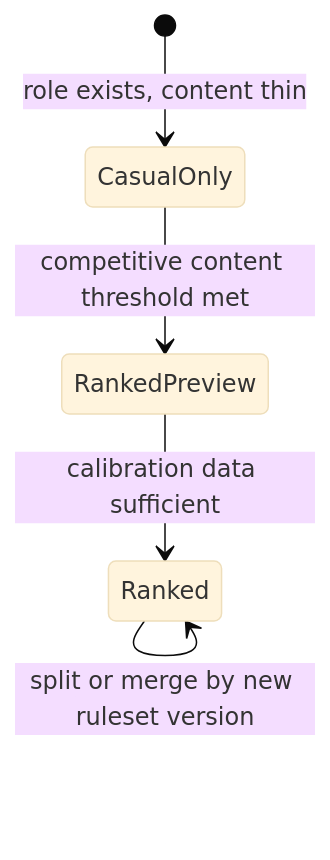
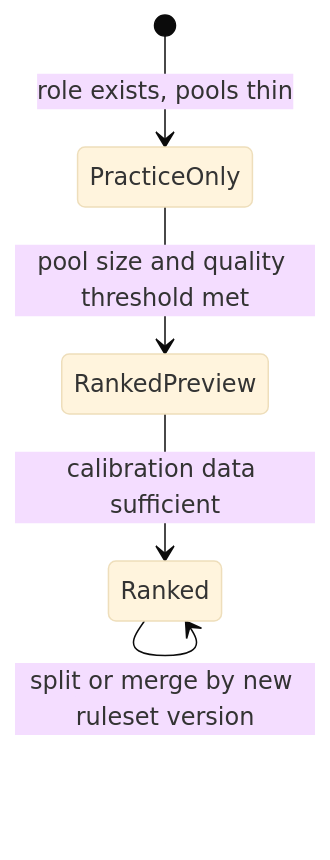
One commit to ricardoverita/cv-rush changed the second of 2 diagrams in docs/product/competitive-identity.md. Above: the diagram before and after it, drawn with Mermaid (base theme). The commit also changed other lines of this file and 39 other files, not shown here.

````diff
--- a/docs/product/competitive-identity.md
+++ b/docs/product/competitive-identity.md
@@ -100,7 +100,7 @@
 ```mermaid
 stateDiagram-v2
-  [*] --> CasualOnly: role exists, content thin
-  CasualOnly --> RankedPreview: competitive content threshold met
+  [*] --> PracticeOnly: role exists, pools thin
+  PracticeOnly --> RankedPreview: pool size and quality threshold met
   RankedPreview --> Ranked: calibration data sufficient
   Ranked --> Ranked: split or merge by new ruleset version
 ```
````
